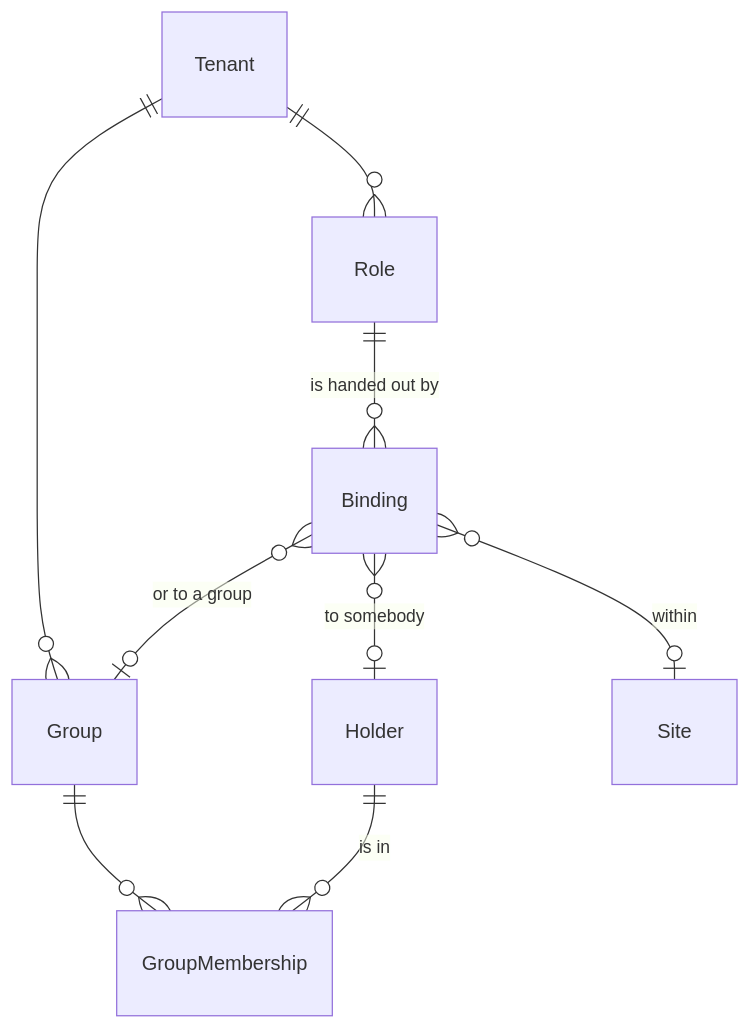
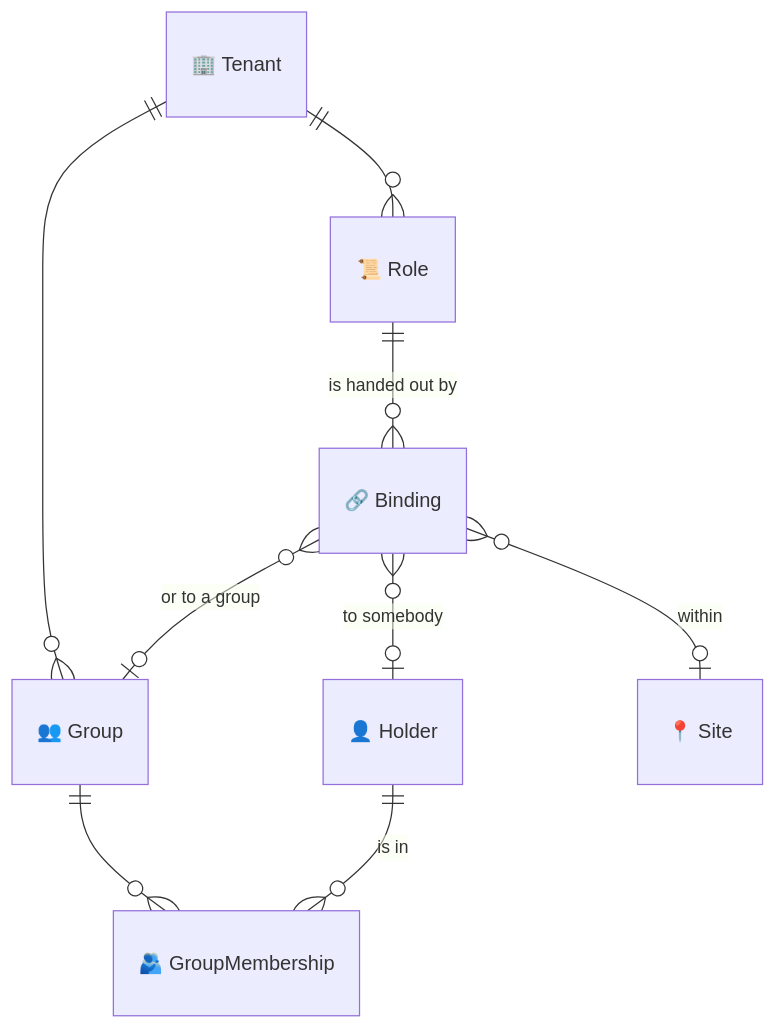
The third of 7 diagrams in docs/entity.md (lesomnus/roster), drawn with Mermaid before and after one commit. The commit also changed other lines of this file and 16 other files, not shown here.

````diff
--- a/docs/entity.md
+++ b/docs/entity.md
@@ -118,11 +164,11 @@
 ```mermaid
 erDiagram
-  Tenant ||--o{ Role : ""
-  Tenant ||--o{ Group : ""
-  Role   ||--o{ Binding : "is handed out by"
-  Binding }o--o| Holder : "to somebody"
-  Binding }o--o| Group : "or to a group"
-  Binding }o--o| Site : "within"
-  Group  ||--o{ GroupMembership : ""
-  Holder ||--o{ GroupMembership : "is in"
+  "🏢 Tenant"  ||--o{  "📜 Role" : ""
+  "🏢 Tenant"  ||--o{  "👥 Group" : ""
+  "📜 Role"    ||--o{  "🔗 Binding" : "is handed out by"
+  "🔗 Binding"  }o--o|  "👤 Holder" : "to somebody"
+  "🔗 Binding"  }o--o|  "👥 Group" : "or to a group"
+  "🔗 Binding"  }o--o|  "📍 Site" : "within"
+  "👥 Group"   ||--o{  "🫂 GroupMembership" : ""
+  "👤 Holder"  ||--o{  "🫂 GroupMembership" : "is in"
 ```
````
